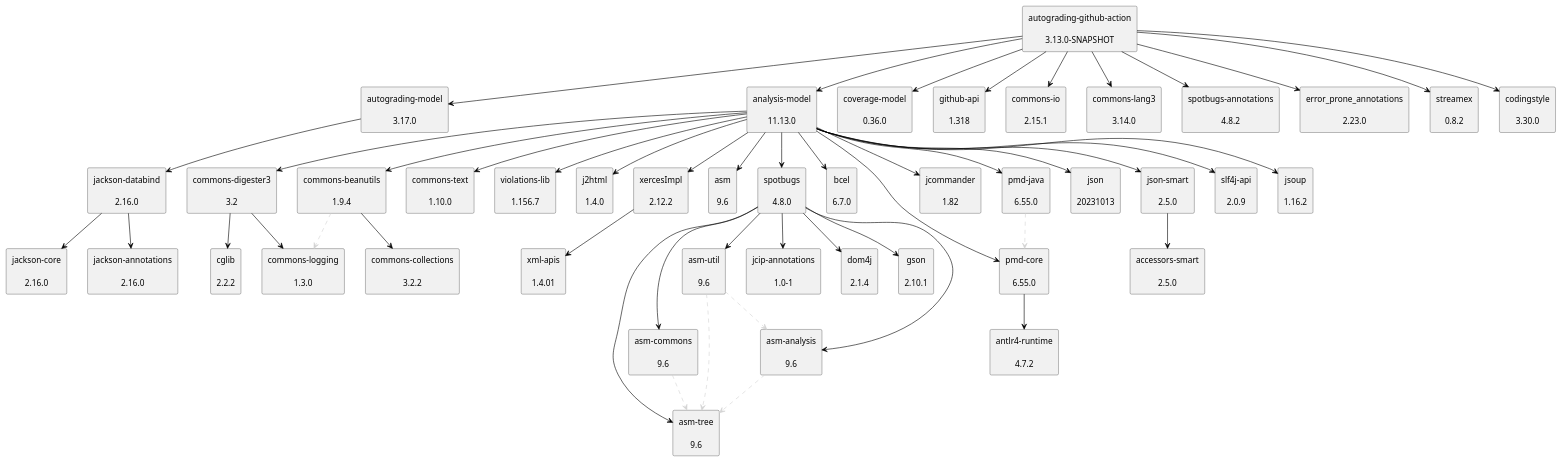
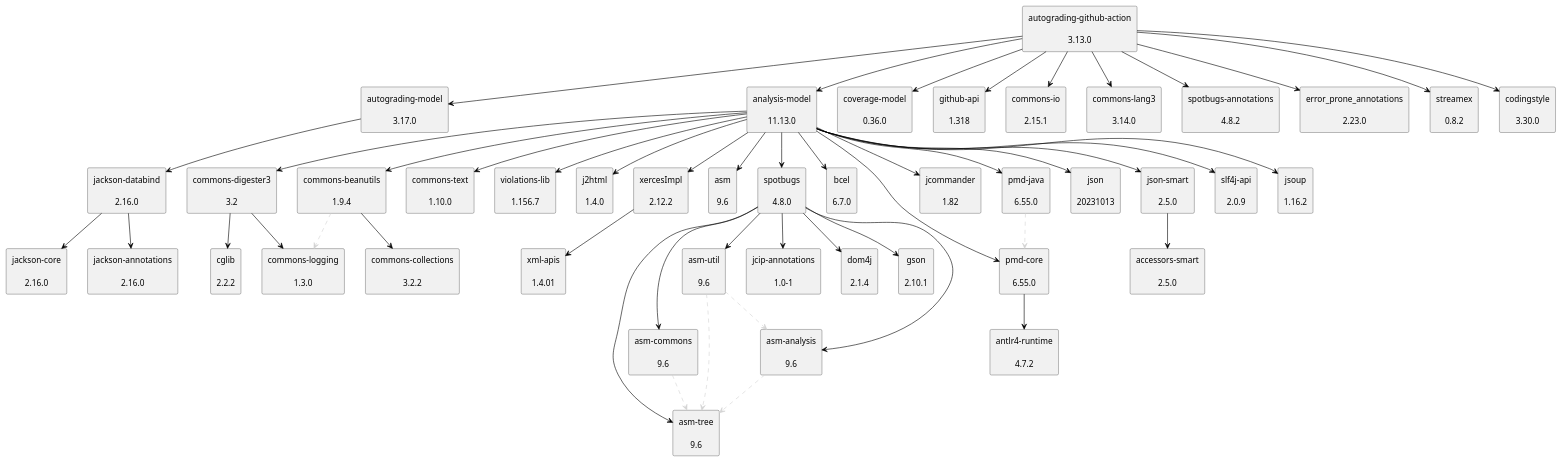
Before and after one commit to uhafner/autograding-github-action: the diagram in doc/dependency-graph.puml, drawn with PlantUML. The commit also changed 3 other files, not shown here.

```diff
--- a/doc/dependency-graph.puml
+++ b/doc/dependency-graph.puml
@@ -1,100 +1,100 @@
 @startuml
 skinparam defaultTextAlignment center
 skinparam rectangle {
   BackgroundColor<<optional>> beige
   BackgroundColor<<test>> lightGreen
   BackgroundColor<<runtime>> lightBlue
   BackgroundColor<<provided>> lightGray
 }
 rectangle "jackson-databind\n\n2.16.0" as com_fasterxml_jackson_core_jackson_databind_jar
 rectangle "jackson-annotations\n\n2.16.0" as com_fasterxml_jackson_core_jackson_annotations_jar
 rectangle "jackson-core\n\n2.16.0" as com_fasterxml_jackson_core_jackson_core_jar
 rectangle "autograding-model\n\n3.17.0" as edu_hm_hafner_autograding_model_jar
-rectangle "autograding-github-action\n\n3.13.0-SNAPSHOT" as edu_hm_hafner_autograding_github_action_jar
+rectangle "autograding-github-action\n\n3.13.0" as edu_hm_hafner_autograding_github_action_jar
 rectangle "analysis-model\n\n11.13.0" as edu_hm_hafner_analysis_model_jar
 rectangle "jsoup\n\n1.16.2" as org_jsoup_jsoup_jar
 rectangle "commons-digester3\n\n3.2" as org_apache_commons_commons_digester3_jar
 rectangle "cglib\n\n2.2.2" as cglib_cglib_jar
 rectangle "commons-logging\n\n1.3.0" as commons_logging_commons_logging_jar
 rectangle "commons-beanutils\n\n1.9.4" as commons_beanutils_commons_beanutils_jar
 rectangle "commons-collections\n\n3.2.2" as commons_collections_commons_collections_jar
 rectangle "commons-text\n\n1.10.0" as org_apache_commons_commons_text_jar
 rectangle "violations-lib\n\n1.156.7" as se_bjurr_violations_violations_lib_jar
 rectangle "j2html\n\n1.4.0" as com_j2html_j2html_jar
 rectangle "xercesImpl\n\n2.12.2" as xerces_xercesImpl_jar
 rectangle "xml-apis\n\n1.4.01" as xml_apis_xml_apis_jar
 rectangle "asm\n\n9.6" as org_ow2_asm_asm_jar
 rectangle "asm-analysis\n\n9.6" as org_ow2_asm_asm_analysis_jar
 rectangle "asm-tree\n\n9.6" as org_ow2_asm_asm_tree_jar
 rectangle "spotbugs\n\n4.8.0" as com_github_spotbugs_spotbugs_jar
 rectangle "asm-commons\n\n9.6" as org_ow2_asm_asm_commons_jar
 rectangle "asm-util\n\n9.6" as org_ow2_asm_asm_util_jar
 rectangle "jcip-annotations\n\n1.0-1" as com_github_stephenc_jcip_jcip_annotations_jar
 rectangle "dom4j\n\n2.1.4" as org_dom4j_dom4j_jar
 rectangle "gson\n\n2.10.1" as com_google_code_gson_gson_jar
 rectangle "bcel\n\n6.7.0" as org_apache_bcel_bcel_jar
 rectangle "pmd-core\n\n6.55.0" as net_sourceforge_pmd_pmd_core_jar
 rectangle "antlr4-runtime\n\n4.7.2" as org_antlr_antlr4_runtime_jar
 rectangle "jcommander\n\n1.82" as com_beust_jcommander_jar
 rectangle "pmd-java\n\n6.55.0" as net_sourceforge_pmd_pmd_java_jar
 rectangle "json\n\n20231013" as org_json_json_jar
 rectangle "json-smart\n\n2.5.0" as net_minidev_json_smart_jar
 rectangle "accessors-smart\n\n2.5.0" as net_minidev_accessors_smart_jar
 rectangle "slf4j-api\n\n2.0.9" as org_slf4j_slf4j_api_jar
 rectangle "coverage-model\n\n0.36.0" as edu_hm_hafner_coverage_model_jar
 rectangle "github-api\n\n1.318" as org_kohsuke_github_api_jar
 rectangle "commons-io\n\n2.15.1" as commons_io_commons_io_jar
 rectangle "commons-lang3\n\n3.14.0" as org_apache_commons_commons_lang3_jar
 rectangle "spotbugs-annotations\n\n4.8.2" as com_github_spotbugs_spotbugs_annotations_jar
 rectangle "error_prone_annotations\n\n2.23.0" as com_google_errorprone_error_prone_annotations_jar
 rectangle "streamex\n\n0.8.2" as one_util_streamex_jar
 rectangle "codingstyle\n\n3.30.0" as edu_hm_hafner_codingstyle_jar
 com_fasterxml_jackson_core_jackson_databind_jar -[#000000]-> com_fasterxml_jackson_core_jackson_annotations_jar
 com_fasterxml_jackson_core_jackson_databind_jar -[#000000]-> com_fasterxml_jackson_core_jackson_core_jar
 edu_hm_hafner_autograding_model_jar -[#000000]-> com_fasterxml_jackson_core_jackson_databind_jar
 edu_hm_hafner_autograding_github_action_jar -[#000000]-> edu_hm_hafner_autograding_model_jar
 edu_hm_hafner_analysis_model_jar -[#000000]-> org_jsoup_jsoup_jar
 org_apache_commons_commons_digester3_jar -[#000000]-> cglib_cglib_jar
 org_apache_commons_commons_digester3_jar -[#000000]-> commons_logging_commons_logging_jar
 edu_hm_hafner_analysis_model_jar -[#000000]-> org_apache_commons_commons_digester3_jar
 commons_beanutils_commons_beanutils_jar .[#D3D3D3].> commons_logging_commons_logging_jar
 commons_beanutils_commons_beanutils_jar -[#000000]-> commons_collections_commons_collections_jar
 edu_hm_hafner_analysis_model_jar -[#000000]-> commons_beanutils_commons_beanutils_jar
 edu_hm_hafner_analysis_model_jar -[#000000]-> org_apache_commons_commons_text_jar
 edu_hm_hafner_analysis_model_jar -[#000000]-> se_bjurr_violations_violations_lib_jar
 edu_hm_hafner_analysis_model_jar -[#000000]-> com_j2html_j2html_jar
 xerces_xercesImpl_jar -[#000000]-> xml_apis_xml_apis_jar
 edu_hm_hafner_analysis_model_jar -[#000000]-> xerces_xercesImpl_jar
 edu_hm_hafner_analysis_model_jar -[#000000]-> org_ow2_asm_asm_jar
 org_ow2_asm_asm_analysis_jar .[#D3D3D3].> org_ow2_asm_asm_tree_jar
 com_github_spotbugs_spotbugs_jar -[#000000]-> org_ow2_asm_asm_analysis_jar
 org_ow2_asm_asm_commons_jar .[#D3D3D3].> org_ow2_asm_asm_tree_jar
 com_github_spotbugs_spotbugs_jar -[#000000]-> org_ow2_asm_asm_commons_jar
 com_github_spotbugs_spotbugs_jar -[#000000]-> org_ow2_asm_asm_tree_jar
 org_ow2_asm_asm_util_jar .[#D3D3D3].> org_ow2_asm_asm_tree_jar
 org_ow2_asm_asm_util_jar .[#D3D3D3].> org_ow2_asm_asm_analysis_jar
 com_github_spotbugs_spotbugs_jar -[#000000]-> org_ow2_asm_asm_util_jar
 com_github_spotbugs_spotbugs_jar -[#000000]-> com_github_stephenc_jcip_jcip_annotations_jar
 com_github_spotbugs_spotbugs_jar -[#000000]-> org_dom4j_dom4j_jar
 com_github_spotbugs_spotbugs_jar -[#000000]-> com_google_code_gson_gson_jar
 edu_hm_hafner_analysis_model_jar -[#000000]-> com_github_spotbugs_spotbugs_jar
 edu_hm_hafner_analysis_model_jar -[#000000]-> org_apache_bcel_bcel_jar
 net_sourceforge_pmd_pmd_core_jar -[#000000]-> org_antlr_antlr4_runtime_jar
 edu_hm_hafner_analysis_model_jar -[#000000]-> net_sourceforge_pmd_pmd_core_jar
 edu_hm_hafner_analysis_model_jar -[#000000]-> com_beust_jcommander_jar
 net_sourceforge_pmd_pmd_java_jar .[#D3D3D3].> net_sourceforge_pmd_pmd_core_jar
 edu_hm_hafner_analysis_model_jar -[#000000]-> net_sourceforge_pmd_pmd_java_jar
 edu_hm_hafner_analysis_model_jar -[#000000]-> org_json_json_jar
 net_minidev_json_smart_jar -[#000000]-> net_minidev_accessors_smart_jar
 edu_hm_hafner_analysis_model_jar -[#000000]-> net_minidev_json_smart_jar
 edu_hm_hafner_analysis_model_jar -[#000000]-> org_slf4j_slf4j_api_jar
 edu_hm_hafner_autograding_github_action_jar -[#000000]-> edu_hm_hafner_analysis_model_jar
 edu_hm_hafner_autograding_github_action_jar -[#000000]-> edu_hm_hafner_coverage_model_jar
 edu_hm_hafner_autograding_github_action_jar -[#000000]-> org_kohsuke_github_api_jar
 edu_hm_hafner_autograding_github_action_jar -[#000000]-> commons_io_commons_io_jar
 edu_hm_hafner_autograding_github_action_jar -[#000000]-> org_apache_commons_commons_lang3_jar
 edu_hm_hafner_autograding_github_action_jar -[#000000]-> com_github_spotbugs_spotbugs_annotations_jar
 edu_hm_hafner_autograding_github_action_jar -[#000000]-> com_google_errorprone_error_prone_annotations_jar
 edu_hm_hafner_autograding_github_action_jar -[#000000]-> one_util_streamex_jar
 edu_hm_hafner_autograding_github_action_jar -[#000000]-> edu_hm_hafner_codingstyle_jar
 @enduml
```
